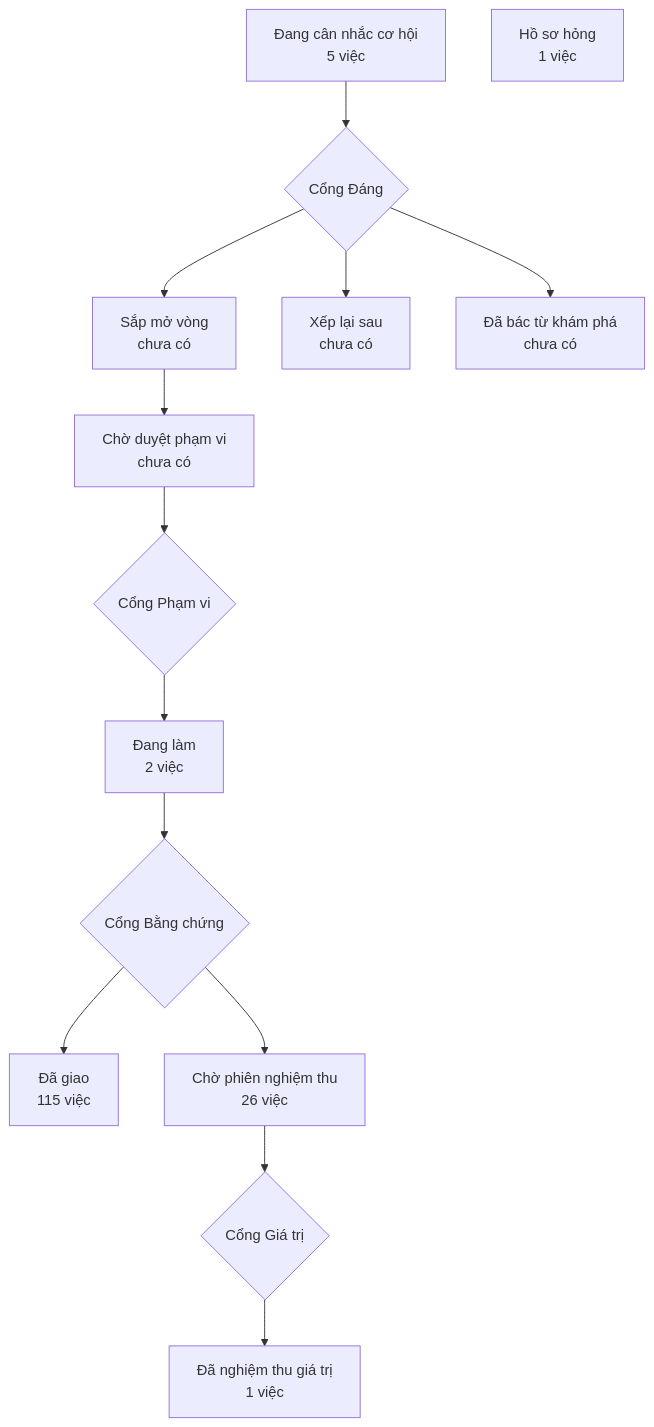
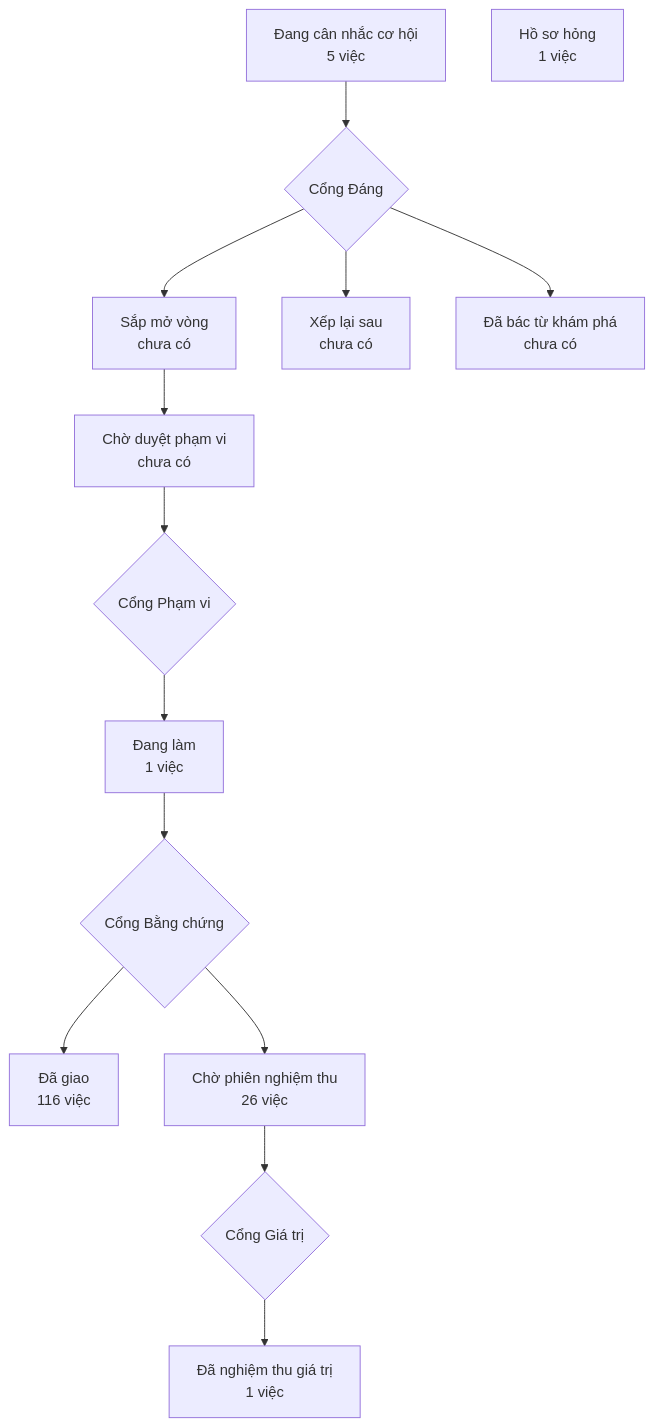
Before and after one commit to phanlemanh/crm-onehub: the diagram in PRODUCT-MAP.md, drawn with Mermaid. The commit also changed 3 other files, not shown here.

````diff
--- a/PRODUCT-MAP.md
+++ b/PRODUCT-MAP.md
@@ -6,13 +6,13 @@
 ```mermaid
 flowchart TD
   A["Đang cân nhắc cơ hội<br/>5 việc"] --> GD{"Cổng Đáng"}
   GD --> B["Sắp mở vòng<br/>chưa có"]
   GD --> XL["Xếp lại sau<br/>chưa có"]
   GD --> DB["Đã bác từ khám phá<br/>chưa có"]
   B --> CD["Chờ duyệt phạm vi<br/>chưa có"] --> GP{"Cổng Phạm vi"}
-  GP --> DL["Đang làm<br/>2 việc"] --> GB{"Cổng Bằng chứng"}
-  GB --> DG["Đã giao<br/>115 việc"]
+  GP --> DL["Đang làm<br/>1 việc"] --> GB{"Cổng Bằng chứng"}
+  GB --> DG["Đã giao<br/>116 việc"]
   GB --> CN["Chờ phiên nghiệm thu<br/>26 việc"] --> GG{"Cổng Giá trị"}
   GG --> NT["Đã nghiệm thu giá trị<br/>1 việc"]
   HS["Hồ sơ hỏng<br/>1 việc"]
 ```
````
